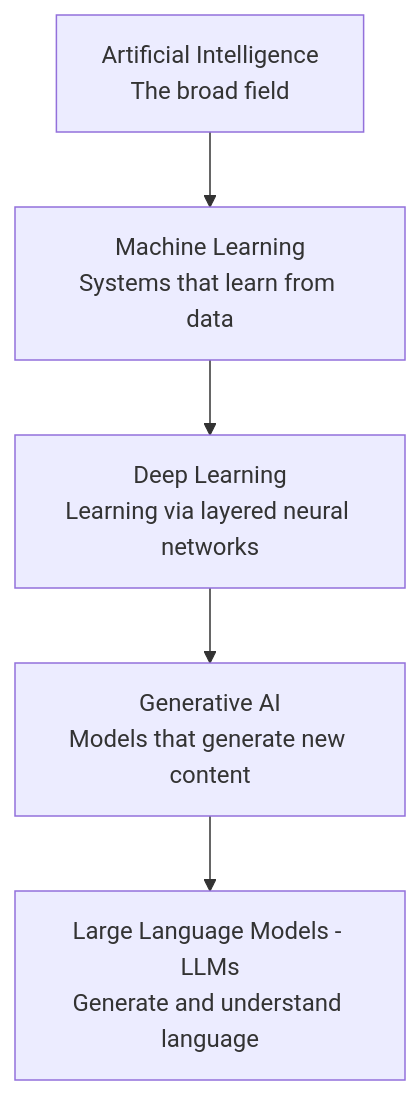
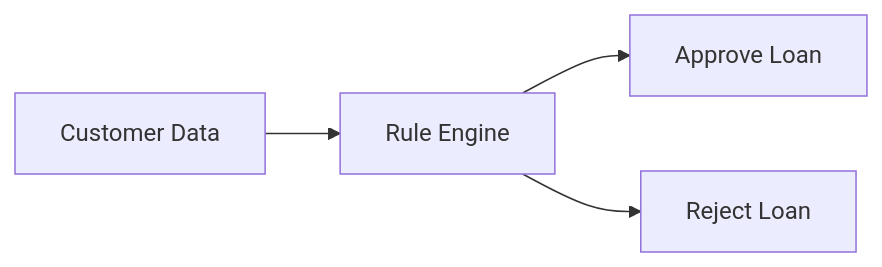
The first of 7 diagrams in AI Fundamentals/AI Hierarchy.md (shaktikadam1630/AI-For-Backend-Developers), drawn with Mermaid before and after one commit. The commit also changed other lines of this file, not shown here.

````diff
--- a/AI Fundamentals/AI Hierarchy.md
+++ b/AI Fundamentals/AI Hierarchy.md
@@ -19,7 +40,6 @@
 ```mermaid
-flowchart TD
-    A[Artificial Intelligence<br/>The broad field] --> B[Machine Learning<br/>Systems that learn from data]
-    B --> C[Deep Learning<br/>Learning via layered neural networks]
-    C --> D[Generative AI<br/>Models that generate new content]
-    D --> E[Large Language Models - LLMs<br/>Generate and understand language]
+flowchart LR
+    A[Customer Data] --> B[Rule Engine]
+    B --> C[Approve Loan]
+    B --> D[Reject Loan]
 ```
````
